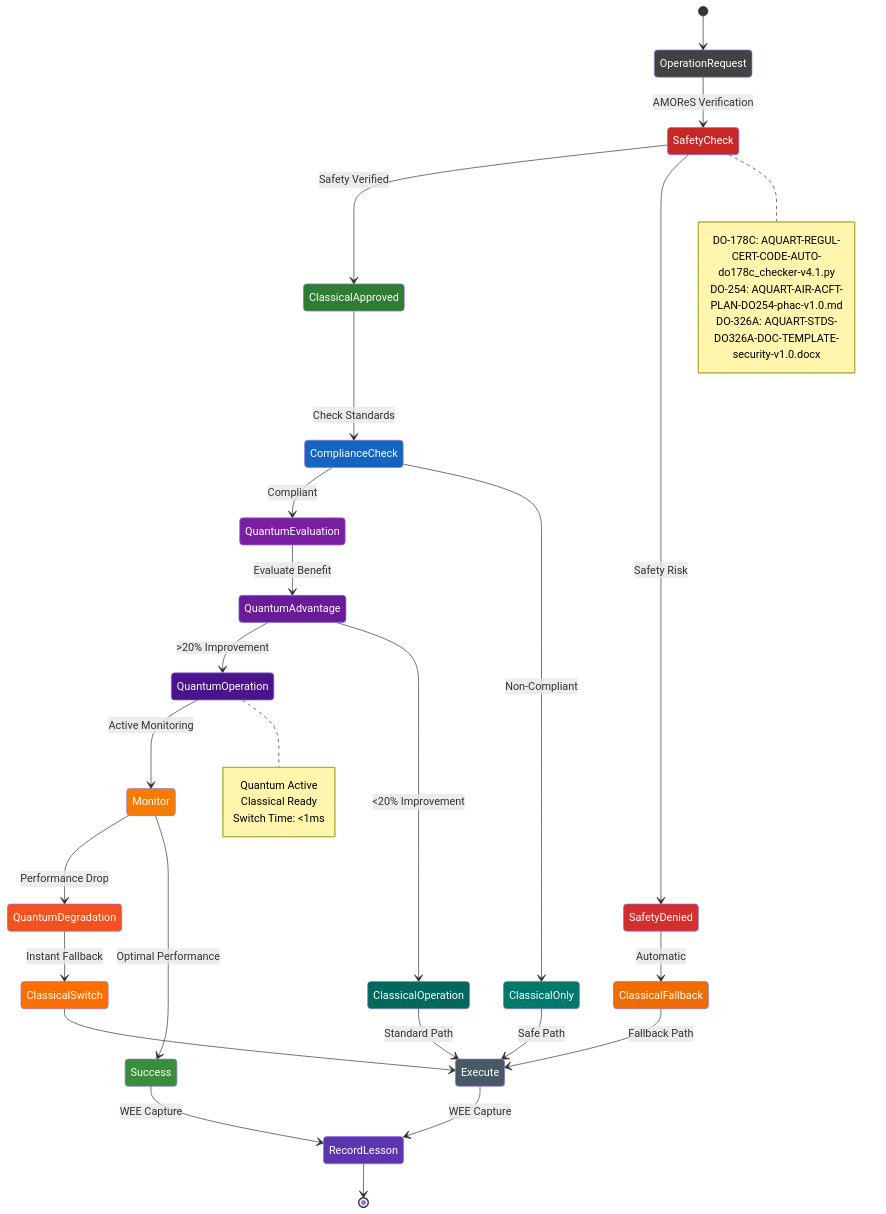
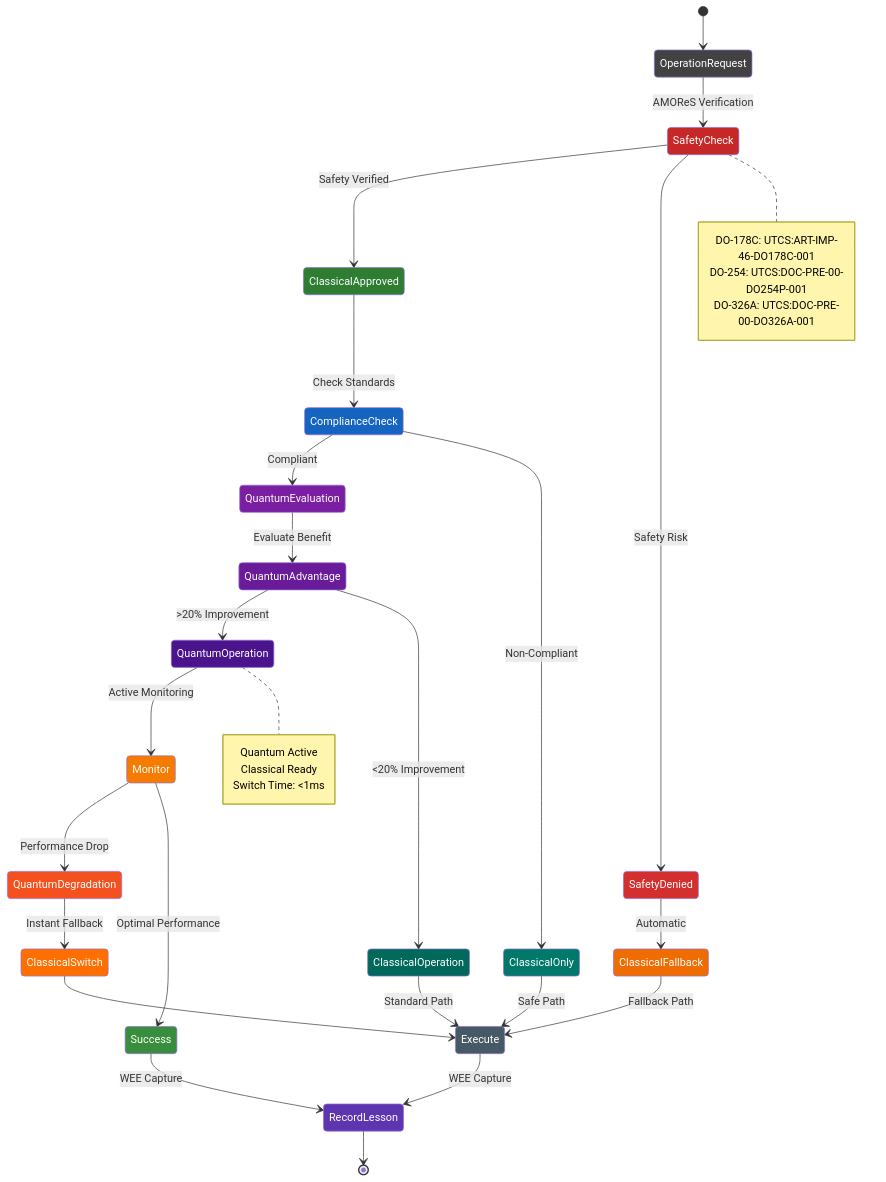
One commit to Robbbo-T/AQUA changed diagram 13 of 19 in README.md. Above: the diagram before and after it, drawn with Mermaid. The commit also changed other lines of this file, not shown here.

````diff
--- a/README.md
+++ b/README.md
@@ -2755,67 +2764,67 @@
 ```mermaid
 stateDiagram-v2
     [*] --> OperationRequest
     
     OperationRequest --> SafetyCheck : AMOReS Verification
     
     SafetyCheck --> ClassicalApproved : Safety Verified
     SafetyCheck --> SafetyDenied : Safety Risk
     
     SafetyDenied --> ClassicalFallback : Automatic
     
     ClassicalApproved --> ComplianceCheck : Check Standards
     
     ComplianceCheck --> QuantumEvaluation : Compliant
     ComplianceCheck --> ClassicalOnly : Non-Compliant
     
     QuantumEvaluation --> QuantumAdvantage : Evaluate Benefit
     
     QuantumAdvantage --> QuantumOperation : >20% Improvement
     QuantumAdvantage --> ClassicalOperation : <20% Improvement
     
     QuantumOperation --> Monitor : Active Monitoring
     ClassicalOperation --> Execute : Standard Path
     ClassicalOnly --> Execute : Safe Path
     ClassicalFallback --> Execute : Fallback Path
     
     Monitor --> QuantumDegradation : Performance Drop
     Monitor --> Success : Optimal Performance
     
     QuantumDegradation --> ClassicalSwitch : Instant Fallback
     ClassicalSwitch --> Execute
     
     Execute --> RecordLesson : WEE Capture
     Success --> RecordLesson : WEE Capture
     
     RecordLesson --> [*]
     
     note right of SafetyCheck
-        DO-178C: AQUART-REGUL-CERT-CODE-AUTO-do178c_checker-v4.1.py
-        DO-254: AQUART-AIR-ACFT-PLAN-DO254-phac-v1.0.md
-        DO-326A: AQUART-STDS-DO326A-DOC-TEMPLATE-security-v1.0.docx
+        DO-178C: UTCS:ART-IMP-46-DO178C-001
+        DO-254: UTCS:DOC-PRE-00-DO254P-001
+        DO-326A: UTCS:DOC-PRE-00-DO326A-001
     end note
     
     note right of QuantumOperation
         Quantum Active
         Classical Ready
         Switch Time: <1ms
     end note
     
     style OperationRequest fill:#424242,color:#fff
     style SafetyCheck fill:#c62828,color:#fff
     style SafetyDenied fill:#d32f2f,color:#fff
     style ClassicalApproved fill:#2e7d32,color:#fff
     style ComplianceCheck fill:#1565c0,color:#fff
     style QuantumEvaluation fill:#7b1fa2,color:#fff
     style QuantumAdvantage fill:#6a1b9a,color:#fff
     style QuantumOperation fill:#4a148c,color:#fff
     style ClassicalOperation fill:#00695c,color:#fff
     style ClassicalOnly fill:#00796b,color:#fff
     style ClassicalFallback fill:#ef6c00,color:#fff
     style Monitor fill:#f57c00,color:#fff
     style Success fill:#388e3c,color:#fff
     style QuantumDegradation fill:#f4511e,color:#fff
     style ClassicalSwitch fill:#ff6f00,color:#fff
     style Execute fill:#455a64,color:#fff
     style RecordLesson fill:#5e35b1,color:#fff
 ```
````
